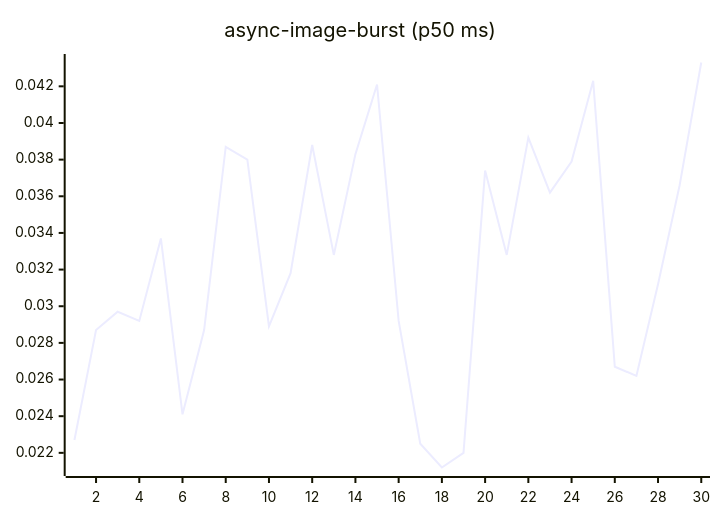
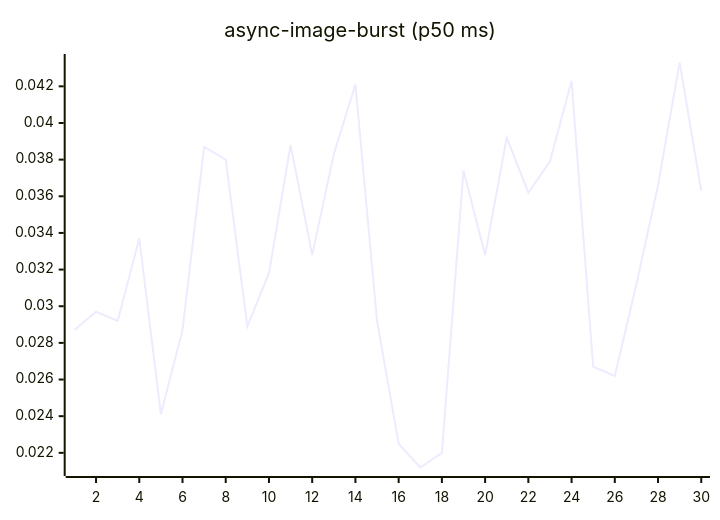
The fourth of 27 diagrams in README.md (josha/Facet), drawn with Mermaid before and after one commit. The commit also changed other lines of this file and 2 other files, not shown here.

````diff
--- a/README.md
+++ b/README.md
@@ -84,6 +84,6 @@
 ```mermaid
 xychart-beta
     title "async-image-burst (p50 ms)"
     x-axis 1 --> 30
-    line [0.0227, 0.0287, 0.0297, 0.0292, 0.0337, 0.0241, 0.0287, 0.0387, 0.0380, 0.0289, 0.0318, 0.0388, 0.0328, 0.0383, 0.0421, 0.0292, 0.0225, 0.0212, 0.0220, 0.0374, 0.0328, 0.0392, 0.0362, 0.0379, 0.0423, 0.0267, 0.0262, 0.0312, 0.0366, 0.0433]
+    line [0.0287, 0.0297, 0.0292, 0.0337, 0.0241, 0.0287, 0.0387, 0.0380, 0.0289, 0.0318, 0.0388, 0.0328, 0.0383, 0.0421, 0.0292, 0.0225, 0.0212, 0.0220, 0.0374, 0.0328, 0.0392, 0.0362, 0.0379, 0.0423, 0.0267, 0.0262, 0.0312, 0.0366, 0.0433, 0.0363]
 ```
````
